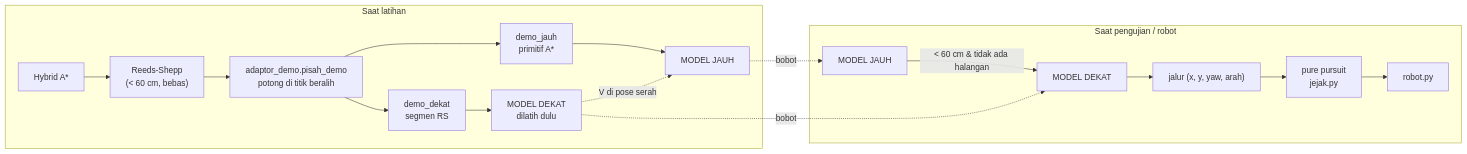
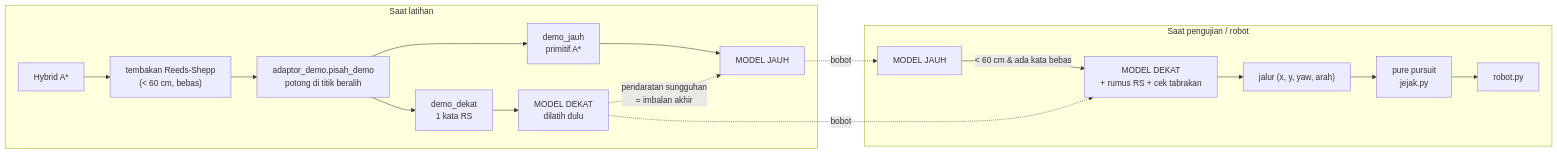
The diagram in Obsidian Vault/Struktur DQfD Full.md (ekanugraha337/Forklift-Control-DRL), drawn with Mermaid before and after one commit. The commit also changed other lines of this file and 10 other files, not shown here.

First line of the commit message:
ver-1-4: model dekat memilih kata Reeds-Shepp (9 masukan / 88 aksi)

````diff
--- a/Obsidian Vault/Struktur DQfD Full.md
+++ b/Obsidian Vault/Struktur DQfD Full.md
@@ -161,20 +60,20 @@
 ```mermaid
 flowchart LR
     subgraph LATIH["Saat latihan"]
-        HA["Hybrid A*"] --> RS["Reeds-Shepp<br/>(< 60 cm, bebas)"]
+        HA["Hybrid A*"] --> RS["tembakan Reeds-Shepp<br/>(< 60 cm, bebas)"]
         RS --> PS["adaptor_demo.pisah_demo<br/>potong di titik beralih"]
         PS --> DJ["demo_jauh<br/>primitif A*"]
-        PS --> DD["demo_dekat<br/>segmen RS"]
+        PS --> DD["demo_dekat<br/>1 kata RS"]
         DD --> ND["MODEL DEKAT<br/>dilatih dulu"]
         DJ --> NJ["MODEL JAUH"]
-        ND -. "V di pose serah" .-> NJ
+        ND -. "pendaratan sungguhan<br/>= imbalan akhir" .-> NJ
     end
     subgraph UJI["Saat pengujian / robot"]
-        J2["MODEL JAUH"] -->|"< 60 cm & tidak ada halangan"| D2["MODEL DEKAT"]
+        J2["MODEL JAUH"] -->|"< 60 cm & ada kata bebas"| D2["MODEL DEKAT<br/>+ rumus RS + cek tabrakan"]
         D2 --> JL["jalur (x, y, yaw, arah)"]
         JL --> PP["pure pursuit<br/>jejak.py"]
         PP --> RB["robot.py"]
     end
     NJ -. bobot .-> J2
     ND -. bobot .-> D2
 ```
````
